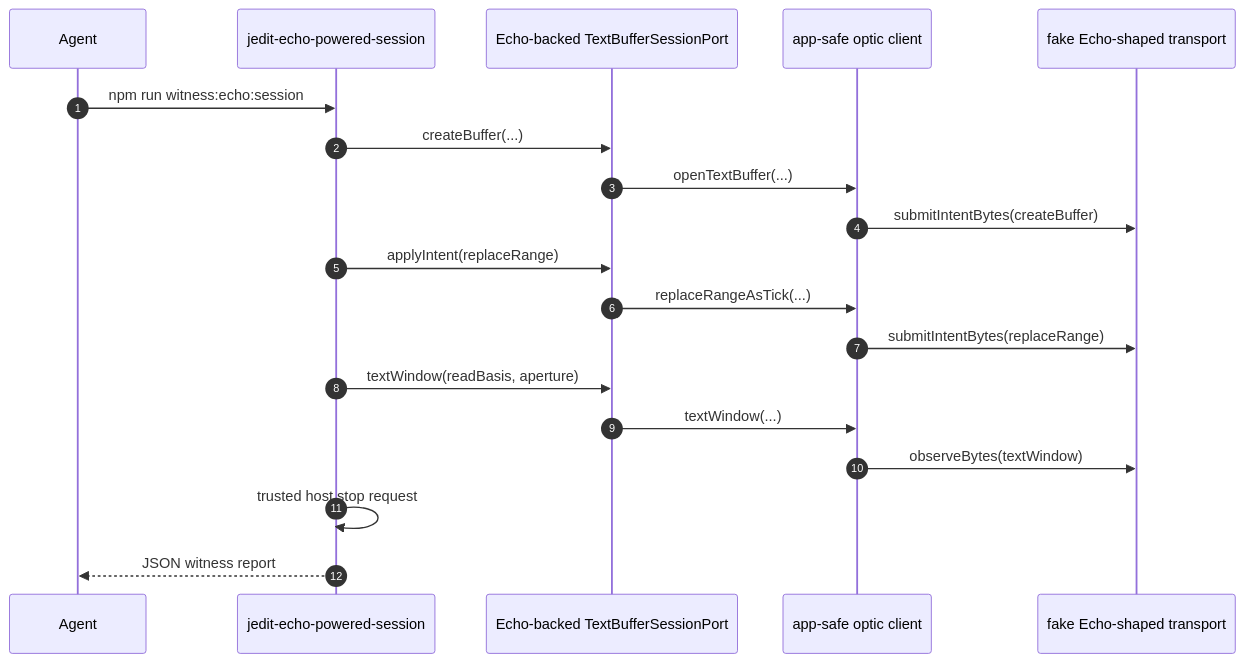
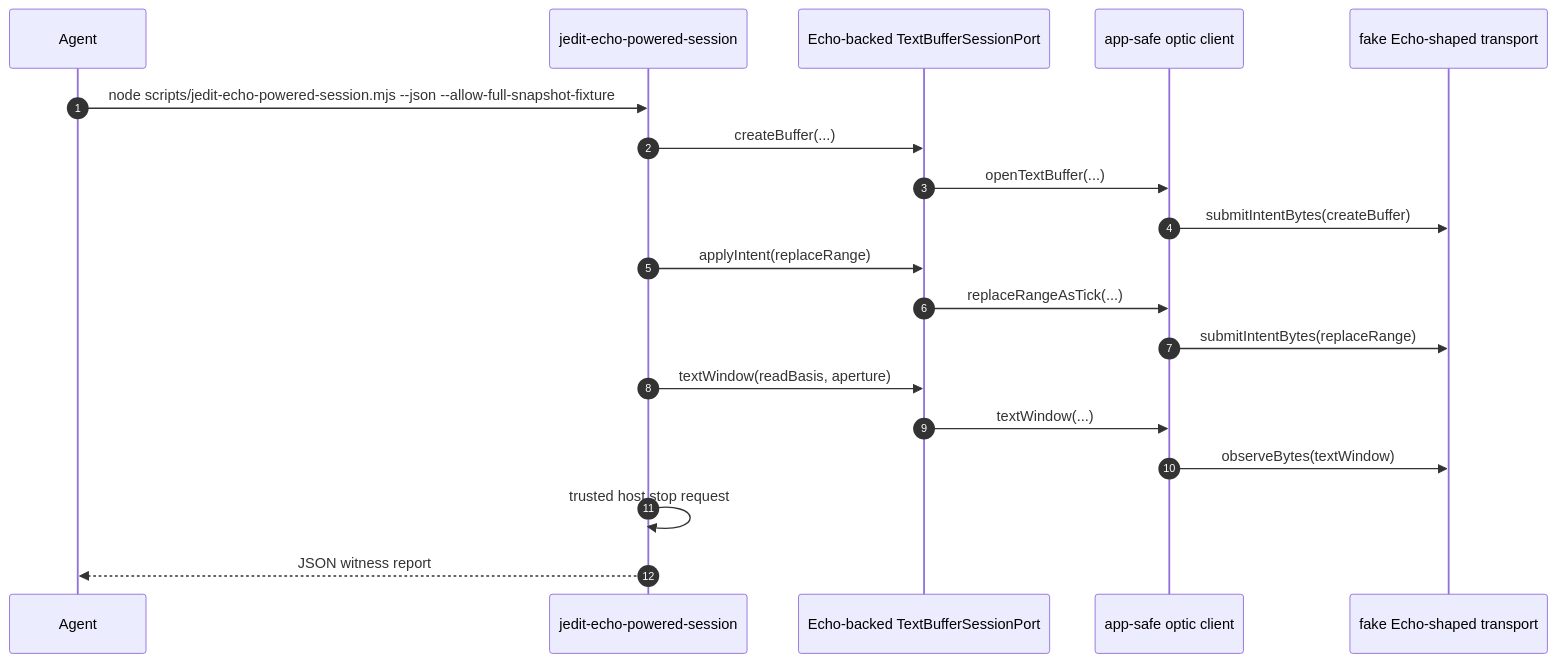
Diagram 13 of 15 in docs/jedit-echo-end-to-end.md (flyingrobots/jedit), drawn with Mermaid before and after one commit. The commit also changed other lines of this file and 18 other files, not shown here.

Commit message:
Fix fixture witness authority quarantine

````diff
--- a/docs/jedit-echo-end-to-end.md
+++ b/docs/jedit-echo-end-to-end.md
@@ -914,22 +920,22 @@
 ```mermaid
 sequenceDiagram
   autonumber
   participant Agent
   participant CLI as jedit-echo-powered-session
   participant Session as Echo-backed TextBufferSessionPort
   participant Client as app-safe optic client
   participant Transport as fake Echo-shaped transport
 
-  Agent->>CLI: npm run witness:echo:session
+  Agent->>CLI: node scripts/jedit-echo-powered-session.mjs --json --allow-full-snapshot-fixture
   CLI->>Session: createBuffer(...)
   Session->>Client: openTextBuffer(...)
   Client->>Transport: submitIntentBytes(createBuffer)
   CLI->>Session: applyIntent(replaceRange)
   Session->>Client: replaceRangeAsTick(...)
   Client->>Transport: submitIntentBytes(replaceRange)
   CLI->>Session: textWindow(readBasis, aperture)
   Session->>Client: textWindow(...)
   Client->>Transport: observeBytes(textWindow)
   CLI->>CLI: trusted host stop request
   CLI-->>Agent: JSON witness report
 ```
````
